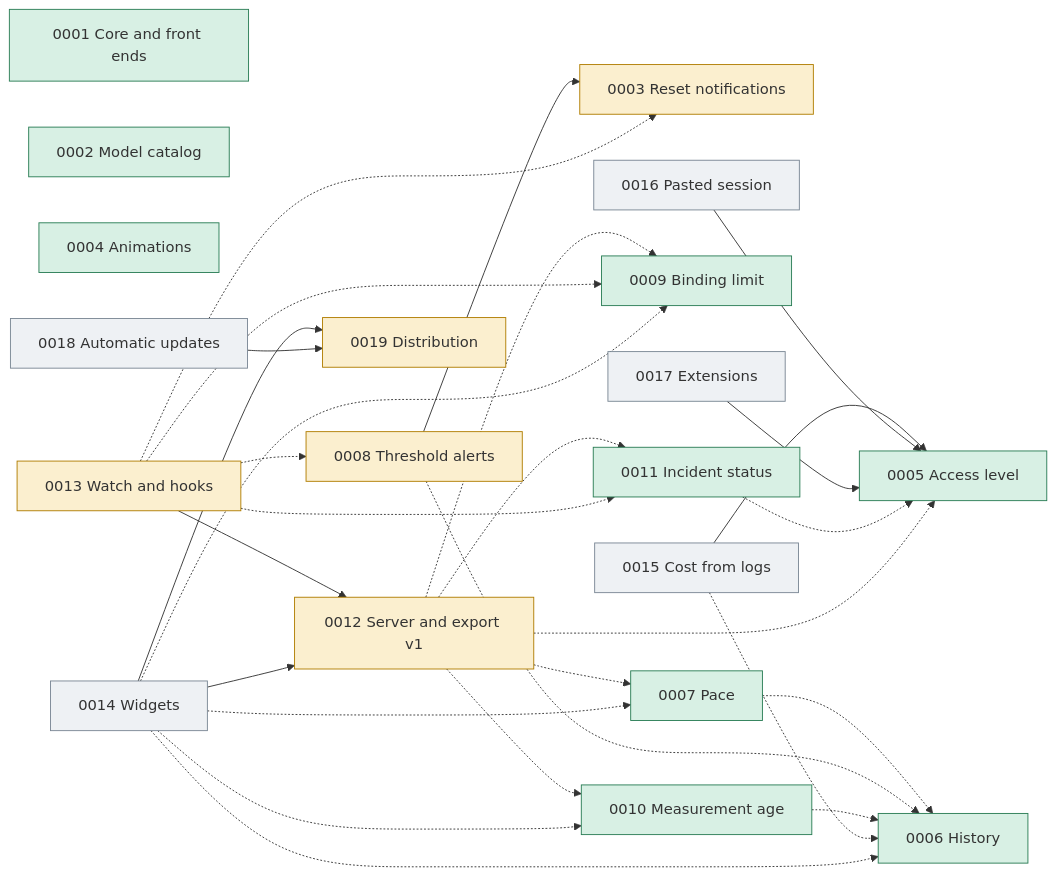
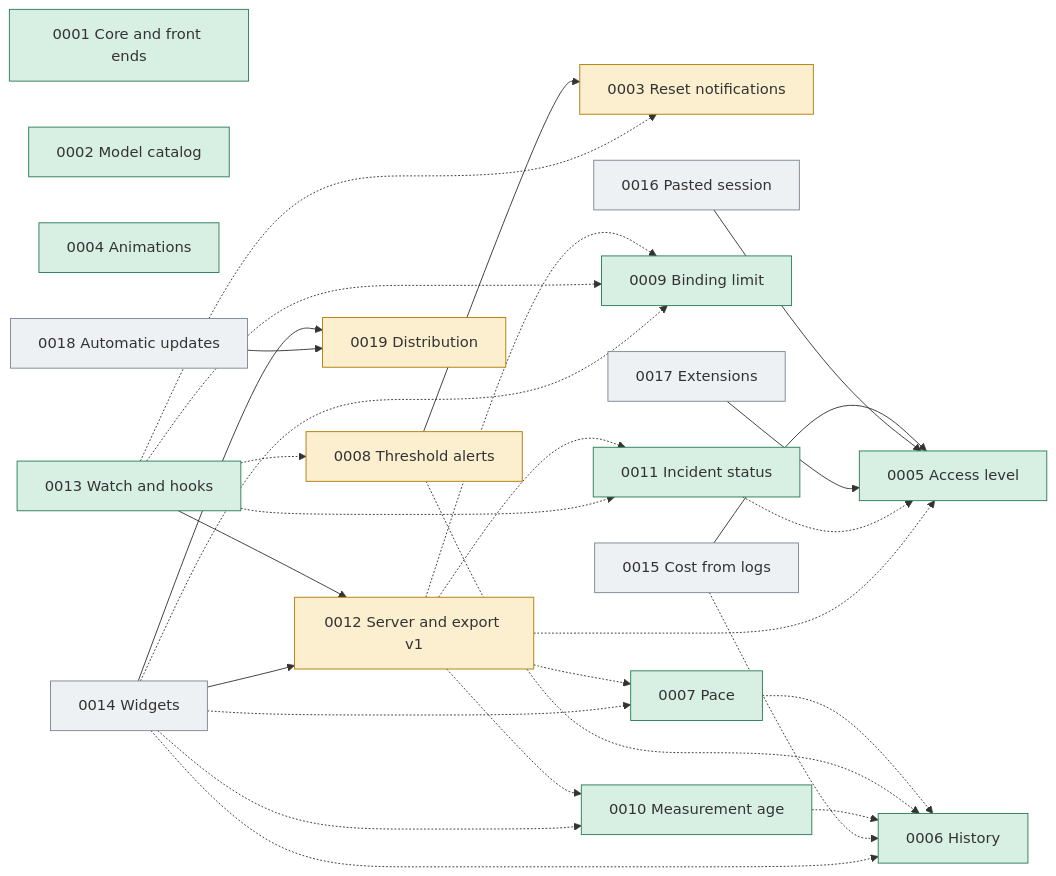
One commit to jmarcon/cuotai changed the diagram in docs/plans/0000_control.md. Above: the diagram before and after it, drawn with Mermaid. The commit also changed other lines of this file and 29 other files, not shown here.

````diff
--- a/docs/plans/0000_control.md
+++ b/docs/plans/0000_control.md
@@ -108,54 +109,54 @@
 ```mermaid
 graph LR
   classDef done fill:#d8f0e4,stroke:#2a7d55
   classDef wip fill:#fbefcf,stroke:#b07d00
   classDef todo fill:#eef1f4,stroke:#7a8794
 
   P1["0001 Core and front ends"]:::done
   P2["0002 Model catalog"]:::done
   P3["0003 Reset notifications"]:::wip
   P4["0004 Animations"]:::done
   P5["0005 Access level"]:::done
   P6["0006 History"]:::done
   P7["0007 Pace"]:::done
   P8["0008 Threshold alerts"]:::wip
   P9["0009 Binding limit"]:::done
   P10["0010 Measurement age"]:::done
   P11["0011 Incident status"]:::done
   P12["0012 Server and export v1"]:::wip
-  P13["0013 Watch and hooks"]:::wip
+  P13["0013 Watch and hooks"]:::done
   P14["0014 Widgets"]:::todo
   P15["0015 Cost from logs"]:::todo
   P16["0016 Pasted session"]:::todo
   P17["0017 Extensions"]:::todo
   P18["0018 Automatic updates"]:::todo
   P19["0019 Distribution"]:::wip
 
   P8 --> P3
   P13 --> P12
   P14 --> P12
   P14 --> P19
   P15 --> P5
   P16 --> P5
   P17 --> P5
   P18 --> P19
 
   P7 -.-> P6
   P8 -.-> P6
   P10 -.-> P6
   P11 -.-> P5
   P15 -.-> P6
   P12 -.-> P5
   P12 -.-> P7
   P12 -.-> P9
   P12 -.-> P10
   P12 -.-> P11
   P13 -.-> P3
   P13 -.-> P8
   P13 -.-> P9
   P13 -.-> P11
   P14 -.-> P6
   P14 -.-> P7
   P14 -.-> P9
   P14 -.-> P10
 ```
````
